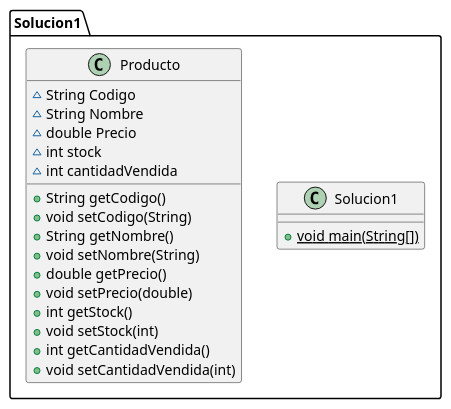
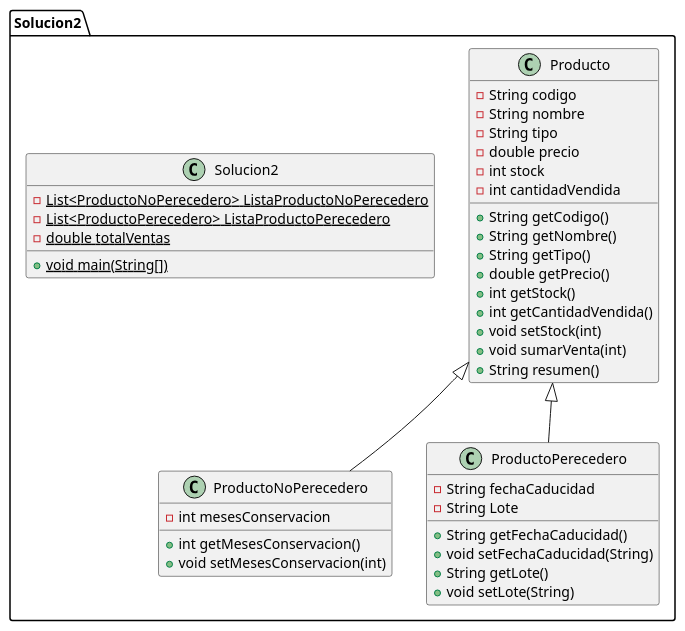
One commit to SebasMinda/TallerJava changed the diagram in a.puml. Above: the diagram before and after it, drawn with PlantUML. The commit also changed 1 other file, not shown here.

Commit message:
Solucion 2 fin

```diff
--- a/a.puml
+++ b/a.puml
@@ -1,25 +1,50 @@
 @startuml
-class Solucion1.Solucion1 {
+class Solucion2.ProductoNoPerecedero {
+- int mesesConservacion
++ int getMesesConservacion()
++ void setMesesConservacion(int)
+}
+
+
+class Solucion2.Producto {
+- String codigo
+- String nombre
+- String tipo
+- double precio
+- int stock
+- int cantidadVendida
++ String getCodigo()
++ String getNombre()
++ String getTipo()
++ double getPrecio()
++ int getStock()
++ int getCantidadVendida()
++ void setStock(int)
++ void sumarVenta(int)
++ String resumen()
+}
+
+
+class Solucion2.ProductoPerecedero {
+- String fechaCaducidad
+- String Lote
++ String getFechaCaducidad()
++ void setFechaCaducidad(String)
++ String getLote()
++ void setLote(String)
+}
+
+
+class Solucion2.Solucion2 {
+- {static} List<ProductoNoPerecedero> ListaProductoNoPerecedero
+- {static} List<ProductoPerecedero> ListaProductoPerecedero
+- {static} double totalVentas
 + {static} void main(String[])
 }
 
-class Solucion1.Producto {
-~ String Codigo
-~ String Nombre
-~ double Precio
-~ int stock
-~ int cantidadVendida
-+ String getCodigo()
-+ void setCodigo(String)
-+ String getNombre()
-+ void setNombre(String)
-+ double getPrecio()
-+ void setPrecio(double)
-+ int getStock()
-+ void setStock(int)
-+ int getCantidadVendida()
-+ void setCantidadVendida(int)
-}
 
 
+
+Solucion2.Producto <|-- Solucion2.ProductoNoPerecedero
+Solucion2.Producto <|-- Solucion2.ProductoPerecedero
 @enduml
```
